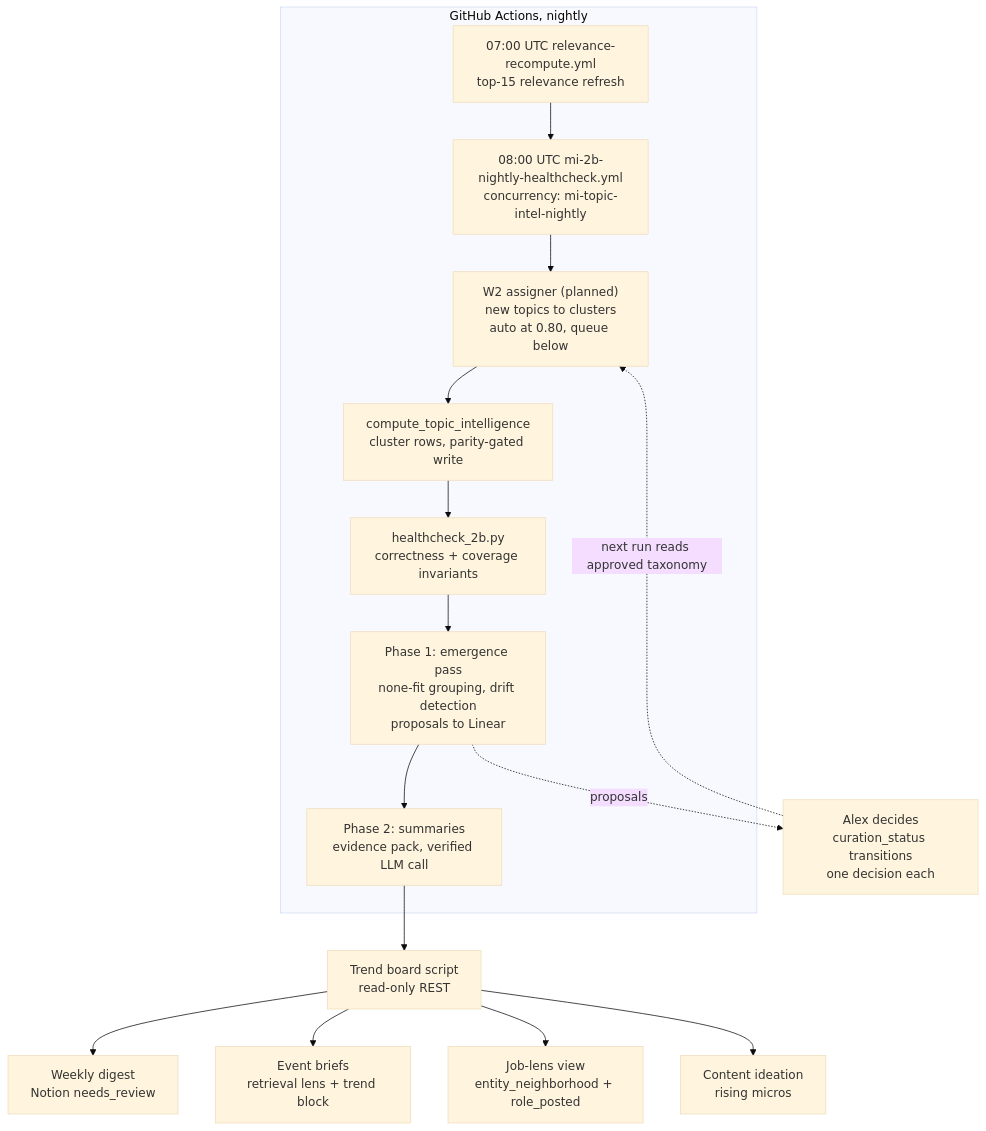
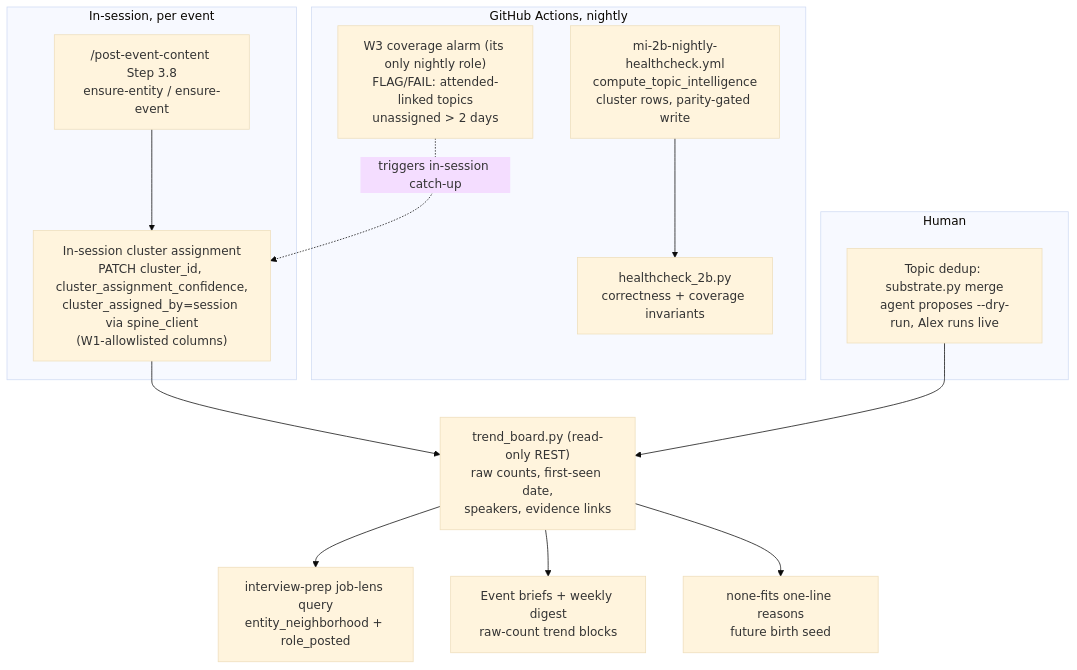
Before and after one commit to AlexYedi/Empire_State_Events_Pipeline_Take_3: the diagram in docs/proposals/2026-11-03-dynamic-topic-taxonomy.md, drawn with Mermaid (base theme). The commit also changed other lines of this file, not shown here.

First line of the commit message:
docs(YED-304): revise dynamic-taxonomy proposal to reviewed V1 scope (#267)

````diff
--- a/docs/proposals/2026-11-03-dynamic-topic-taxonomy.md
+++ b/docs/proposals/2026-11-03-dynamic-topic-taxonomy.md
@@ -82,19 +92,19 @@
 ```mermaid
 flowchart TD
+    subgraph S["In-session, per event"]
+        A["/post-event-content Step 3.8<br/>ensure-entity / ensure-event"] --> B["In-session cluster assignment<br/>PATCH cluster_id, cluster_assignment_confidence,<br/>cluster_assigned_by=session via spine_client<br/>(W1-allowlisted columns)"]
+    end
+    B --> C["trend_board.py (read-only REST)<br/>raw counts, first-seen date,<br/>speakers, evidence links"]
+    C --> D["interview-prep job-lens query<br/>entity_neighborhood + role_posted"]
+    C --> E["Event briefs + weekly digest<br/>raw-count trend blocks"]
+    C --> F["none-fits one-line reasons<br/>future birth seed"]
     subgraph N["GitHub Actions, nightly"]
-        A["07:00 UTC relevance-recompute.yml<br/>top-15 relevance refresh"] --> B
-        B["08:00 UTC mi-2b-nightly-healthcheck.yml<br/>concurrency: mi-topic-intel-nightly"] --> C
-        C["W2 assigner (planned)<br/>new topics to clusters<br/>auto at 0.80, queue below"] --> D
-        D["compute_topic_intelligence<br/>cluster rows, parity-gated write"] --> E
-        E["healthcheck_2b.py<br/>correctness + coverage invariants"] --> F
-        F["Phase 1: emergence pass<br/>none-fit grouping, drift detection<br/>proposals to Linear"] --> G
-        G["Phase 2: summaries<br/>evidence pack, verified LLM call"]
+        G["mi-2b-nightly-healthcheck.yml<br/>compute_topic_intelligence<br/>cluster rows, parity-gated write"] --> H["healthcheck_2b.py<br/>correctness + coverage invariants"]
+        I["W3 coverage alarm (its only nightly role)<br/>FLAG/FAIL: attended-linked topics<br/>unassigned > 2 days"]
     end
-    G --> H["Trend board script<br/>read-only REST"]
-    H --> I["Weekly digest<br/>Notion needs_review"]
-    H --> J["Event briefs<br/>retrieval lens + trend block"]
-    H --> K["Job-lens view<br/>entity_neighborhood + role_posted"]
-    H --> L["Content ideation<br/>rising micros"]
-    F -. "proposals" .-> M["Alex decides<br/>curation_status transitions<br/>one decision each"]
-    M -. "next run reads approved taxonomy" .-> C
+    I -. "triggers in-session catch-up" .-> B
+    subgraph H2["Human"]
+        J["Topic dedup: substrate.py merge<br/>agent proposes --dry-run, Alex runs live"]
+    end
+    J --> C
 ```
````
